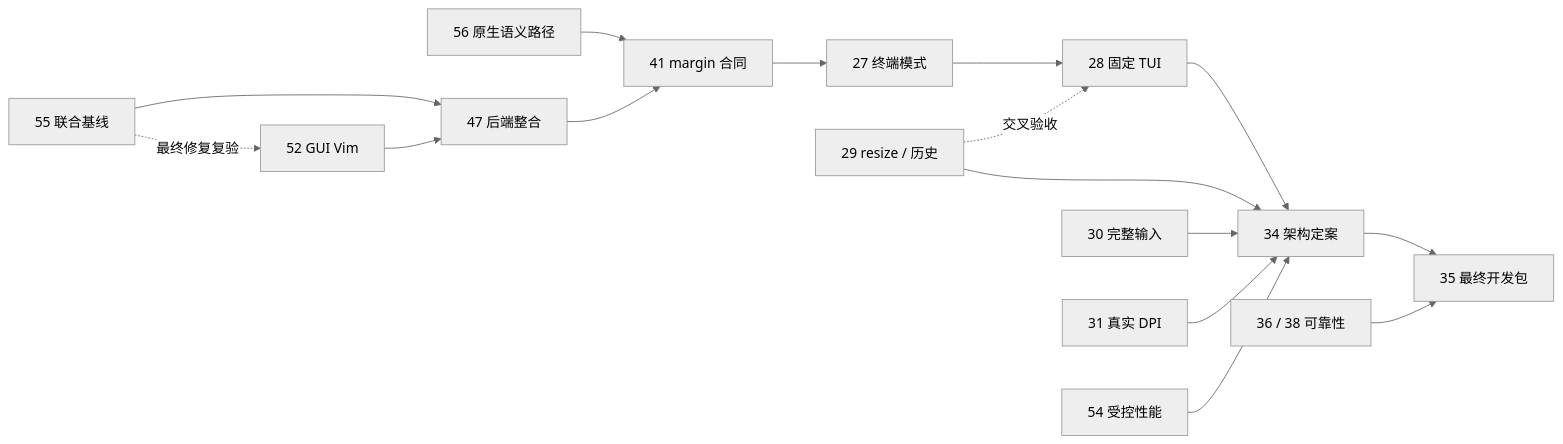
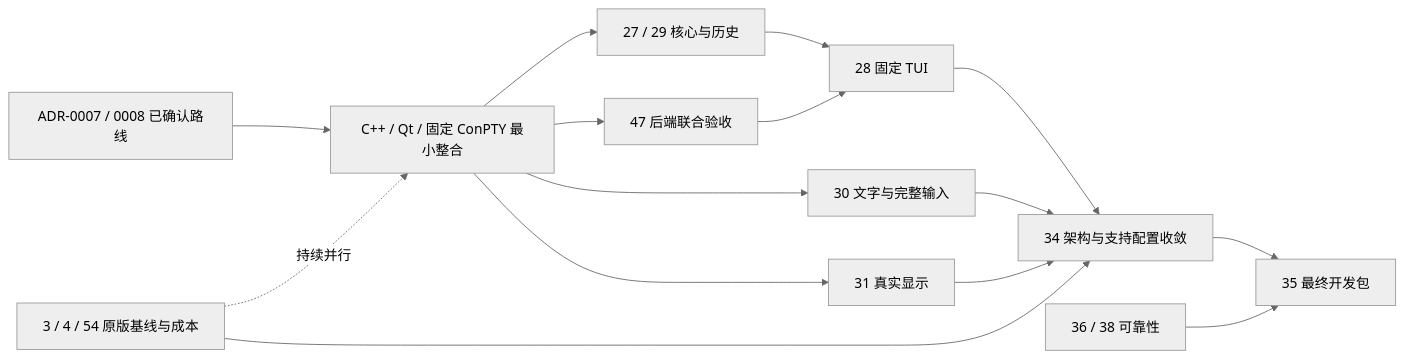
Before and after one commit to JavaZeroo/termforge: the diagram in docs/milestones/R2-local-terminal.md, drawn with Mermaid (neutral theme). The commit also changed other lines of this file and 29 other files, not shown here.

````diff
--- a/docs/milestones/R2-local-terminal.md
+++ b/docs/milestones/R2-local-terminal.md
@@ -28,16 +28,15 @@
 ```mermaid
 flowchart LR
-    baseline["55 联合基线"] --> backend["47 后端整合"]
-    fixes["52 GUI Vim"] --> backend
-    baseline -. "最终修复复验" .-> fixes
-    native["56 原生语义路径"] --> margin["41 margin 合同"]
-    backend --> margin --> modes["27 终端模式"] --> tui["28 固定 TUI"]
-    resize["29 resize / 历史"] -. "交叉验收" .-> tui
-    tui --> arch["34 架构定案"]
-    resize --> arch
-    input["30 完整输入"] --> arch
-    dpi["31 真实 DPI"] --> arch
-    perf["54 受控性能"] --> arch
+    route["ADR-0007 / 0008 已确认路线"] --> integration["C++ / Qt / 固定 ConPTY 最小整合"]
+    integration --> core["27 / 29 核心与历史"] --> tui["28 固定 TUI"]
+    integration --> backend["47 后端联合验收"] --> tui
+    integration --> input["30 文字与完整输入"]
+    integration --> dpi["31 真实显示"]
+    perf["3 / 4 / 54 原版基线与成本"] -. "持续并行" .-> integration
+    tui --> arch["34 架构与支持配置收敛"]
+    input --> arch
+    dpi --> arch
+    perf --> arch
     arch --> package["35 最终开发包"]
     reliability["36 / 38 可靠性"] --> package
 ```
````
